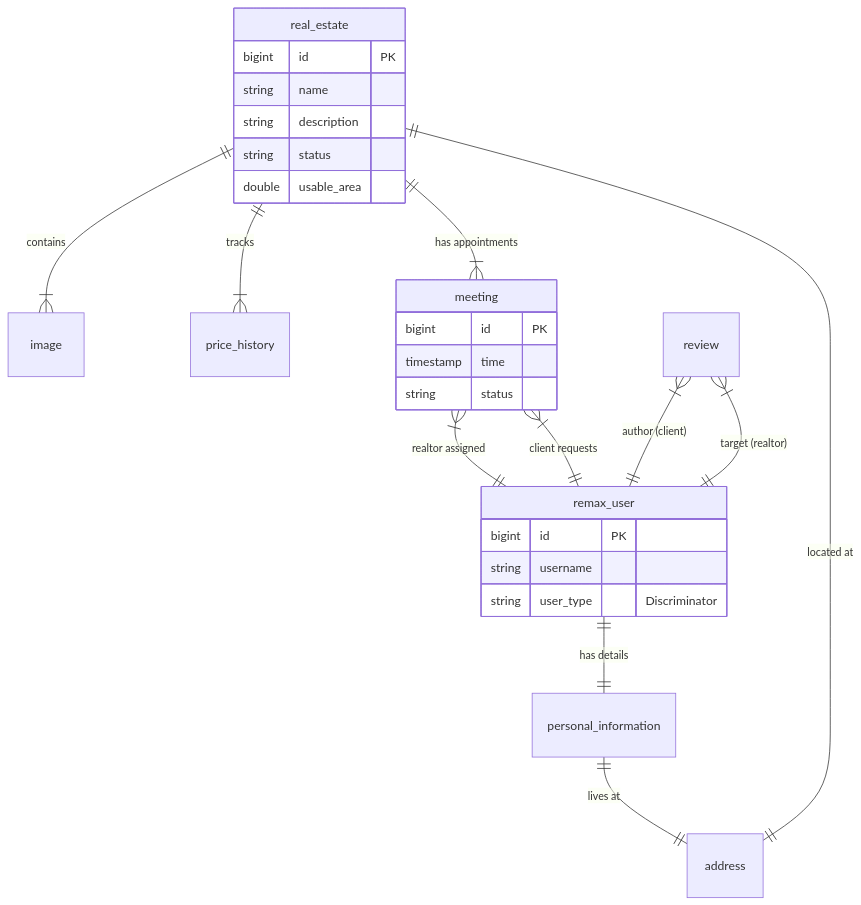
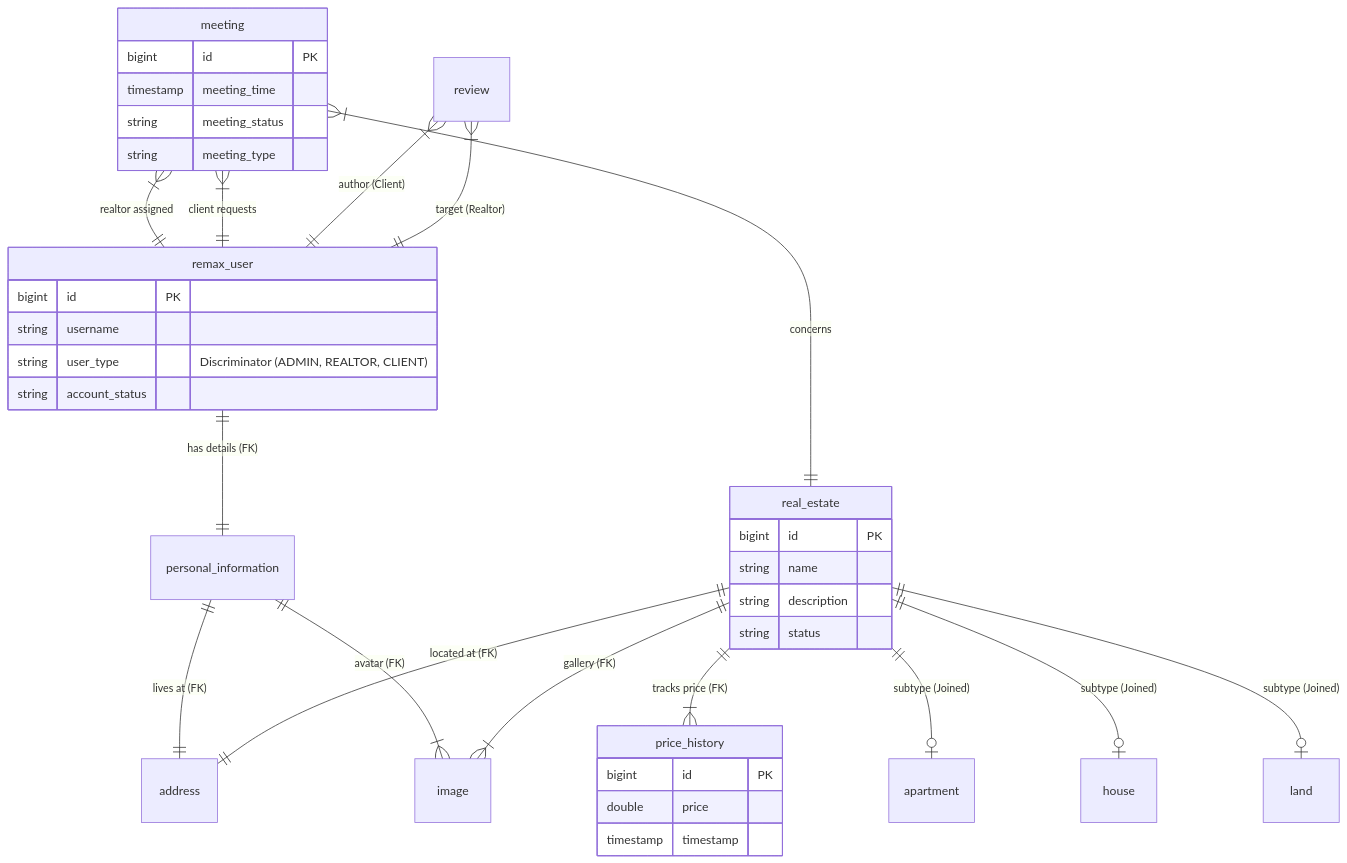
Before and after one commit to Majkle/NNPRO-REMAX-BE: the third of 7 diagrams in doc/Architecture_and_Design.md, drawn with Mermaid. The commit also changed other lines of this file, not shown here.

````diff
--- a/doc/Architecture_and_Design.md
+++ b/doc/Architecture_and_Design.md
@@ -99,36 +124,48 @@
 ```mermaid
 erDiagram
-    remax_user ||--|| personal_information : "has details"
-    personal_information ||--|| address : "lives at"
-    
-    real_estate ||--|| address : "located at"
-    real_estate ||--|{ image : "contains"
-    real_estate ||--|{ price_history : "tracks"
-    real_estate ||--|{ meeting : "has appointments"
-    
+    remax_user ||--|| personal_information : "has details (FK)"
+    personal_information ||--|| address : "lives at (FK)"
+    personal_information ||--|{ image : "avatar (FK)"
+
+    real_estate ||--|| address : "located at (FK)"
+    real_estate ||--|{ image : "gallery (FK)"
+    real_estate ||--|{ price_history : "tracks price (FK)"
+
+    real_estate ||--o| apartment : "subtype (Joined)"
+    real_estate ||--o| house : "subtype (Joined)"
+    real_estate ||--o| land : "subtype (Joined)"
+
     meeting }|--|| remax_user : "realtor assigned"
     meeting }|--|| remax_user : "client requests"
-    
-    review }|--|| remax_user : "author (client)"
-    review }|--|| remax_user : "target (realtor)"
+    meeting }|--|| real_estate : "concerns"
+
+    review }|--|| remax_user : "author (Client)"
+    review }|--|| remax_user : "target (Realtor)"
 
     remax_user {
         bigint id PK
         string username
-        string user_type "Discriminator"
+        string user_type "Discriminator (ADMIN, REALTOR, CLIENT)"
+        string account_status
     }
 
     real_estate {
         bigint id PK
         string name
         string description
         string status
-        double usable_area
+    }
+
+    price_history {
+        bigint id PK
+        double price
+        timestamp timestamp
     }
 
     meeting {
         bigint id PK
-        timestamp time
-        string status
+        timestamp meeting_time
+        string meeting_status
+        string meeting_type
     }
 ```
````
